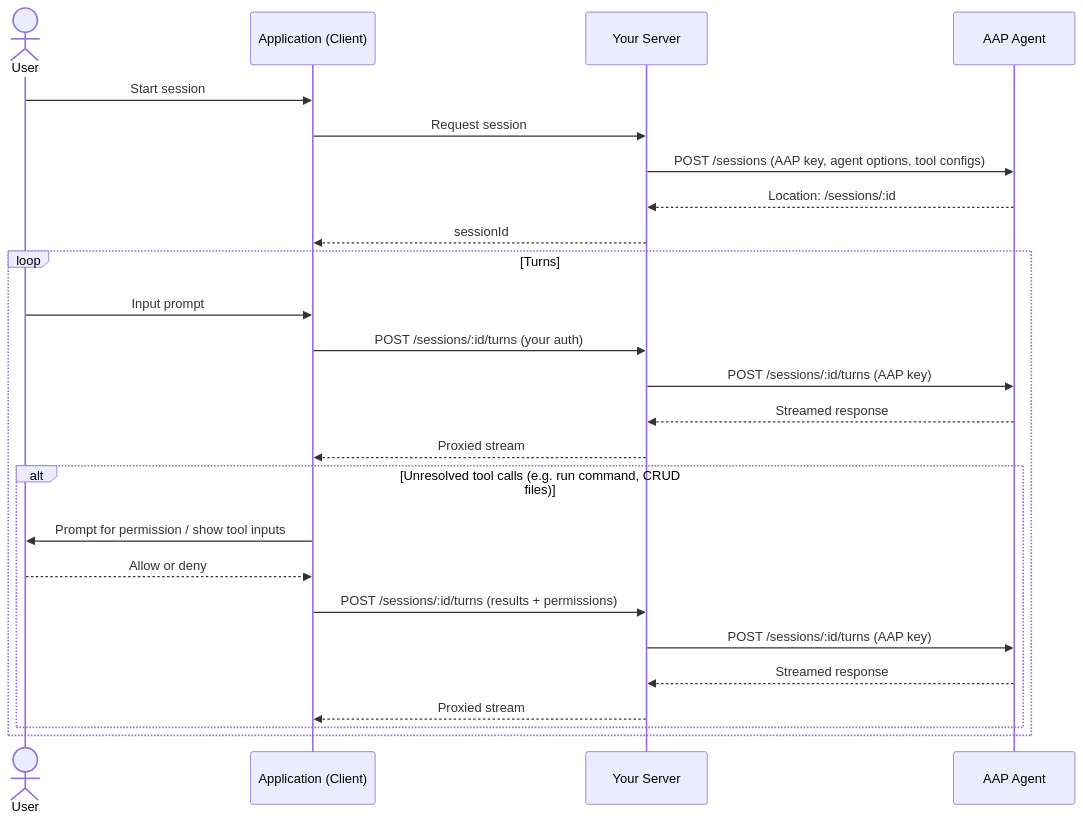
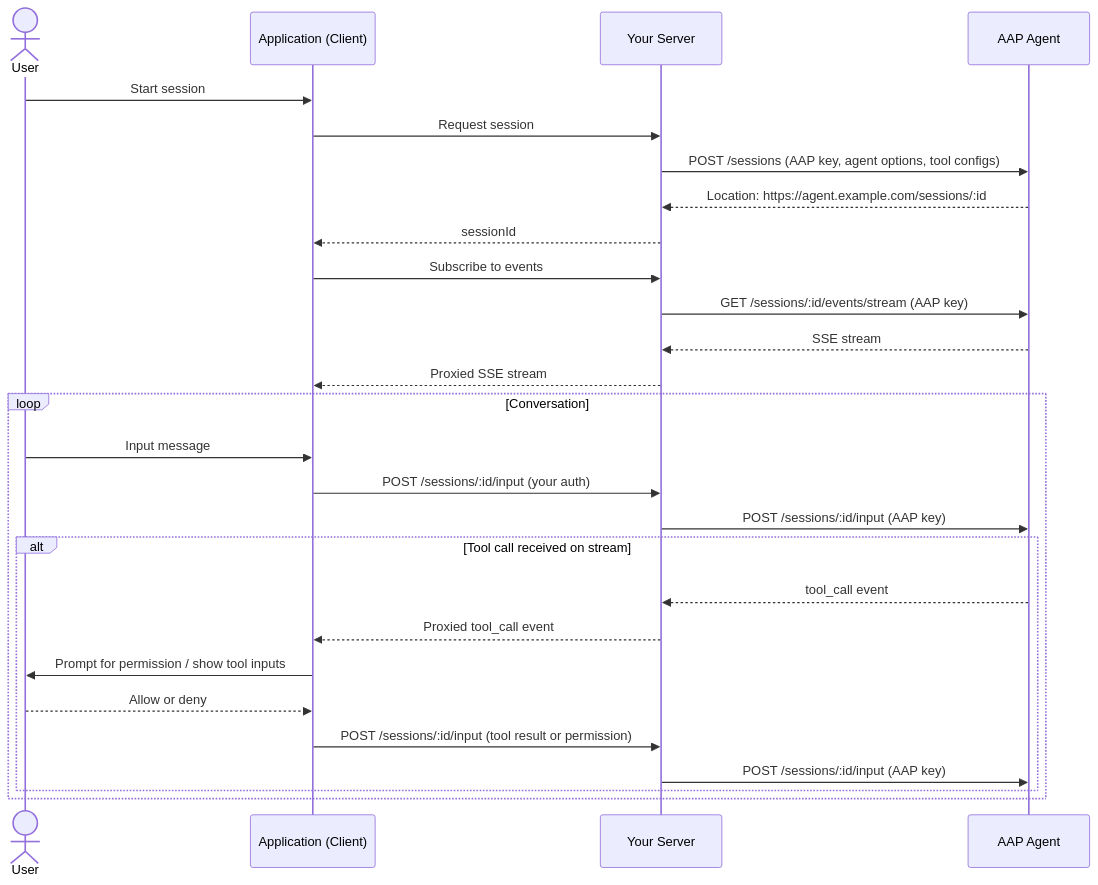
The diagram in docs/build-a-managed-app.md (agentapplicationprotocol/agent-application-protocol), drawn with Mermaid before and after one commit. The commit also changed other lines of this file and 27 other files, not shown here.

````diff
--- a/docs/build-a-managed-app.md
+++ b/docs/build-a-managed-app.md
@@ -46,28 +47,33 @@
 ```mermaid
 sequenceDiagram
     actor User
     participant App as Application (Client)
     participant Server as Your Server
     participant Agent as AAP Agent
 
     User->>App: Start session
     App->>Server: Request session
     Server->>Agent: POST /sessions (AAP key, agent options, tool configs)
-    Agent-->>Server: Location: /sessions/:id
+    Agent-->>Server: Location: https://agent.example.com/sessions/:id
     Server-->>App: sessionId
-    loop Turns
-        User->>App: Input prompt
-        App->>Server: POST /sessions/:id/turns (your auth)
-        Server->>Agent: POST /sessions/:id/turns (AAP key)
-        Agent-->>Server: Streamed response
-        Server-->>App: Proxied stream
-        alt Unresolved tool calls (e.g. run command, CRUD files)
+
+    App->>Server: Subscribe to events
+    Server->>Agent: GET /sessions/:id/events/stream (AAP key)
+    Agent-->>Server: SSE stream
+    Server-->>App: Proxied SSE stream
+
+    loop Conversation
+        User->>App: Input message
+        App->>Server: POST /sessions/:id/input (your auth)
+        Server->>Agent: POST /sessions/:id/input (AAP key)
+
+        alt Tool call received on stream
+            Agent-->>Server: tool_call event
+            Server-->>App: Proxied tool_call event
             App->>User: Prompt for permission / show tool inputs
             User-->>App: Allow or deny
-            App->>Server: POST /sessions/:id/turns (results + permissions)
-            Server->>Agent: POST /sessions/:id/turns (AAP key)
-            Agent-->>Server: Streamed response
-            Server-->>App: Proxied stream
+            App->>Server: POST /sessions/:id/input (tool result or permission)
+            Server->>Agent: POST /sessions/:id/input (AAP key)
         end
     end
 ```
````
